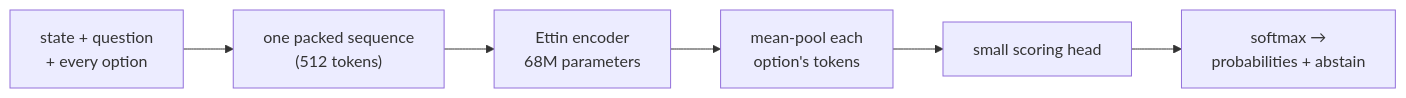
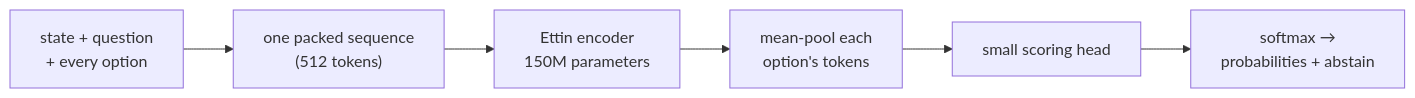
One commit to ToufiqQureshi/anarkali changed the diagram in README.md. Above: the diagram before and after it, drawn with Mermaid. The commit also changed other lines of this file and 1 other file, not shown here.

First line of the commit message:
Bring README and roadmap up to date with the 150M release

````diff
--- a/README.md
+++ b/README.md
@@ -192,8 +205,8 @@
 ```mermaid
 flowchart LR
     A["state + question<br/>+ every option"] --> B["one packed sequence<br/>(512 tokens)"]
-    B --> C["Ettin encoder<br/>68M parameters"]
+    B --> C["Ettin encoder<br/>150M parameters"]
     C --> D["mean-pool each<br/>option's tokens"]
     D --> E["small scoring head"]
     E --> F["softmax →<br/>probabilities + abstain"]
 ```
````
